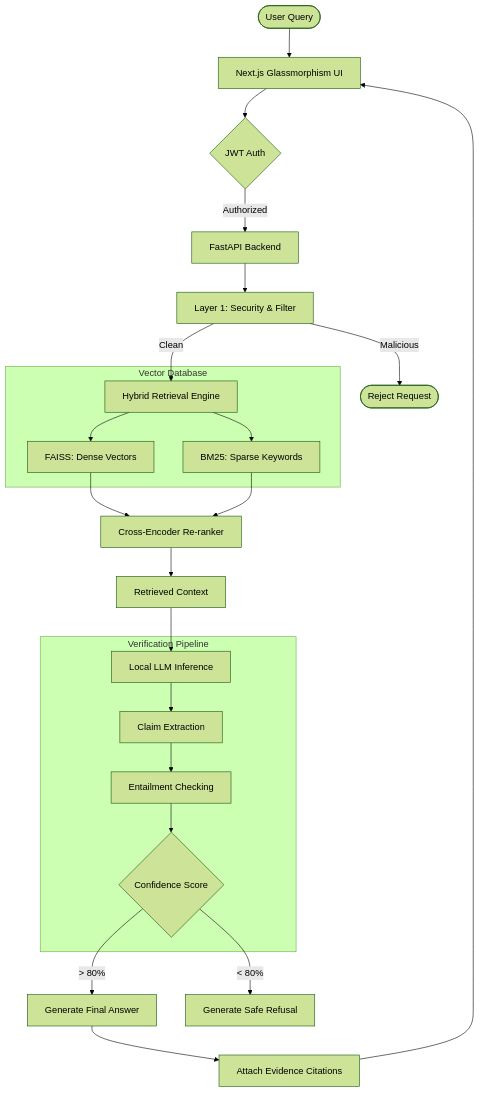
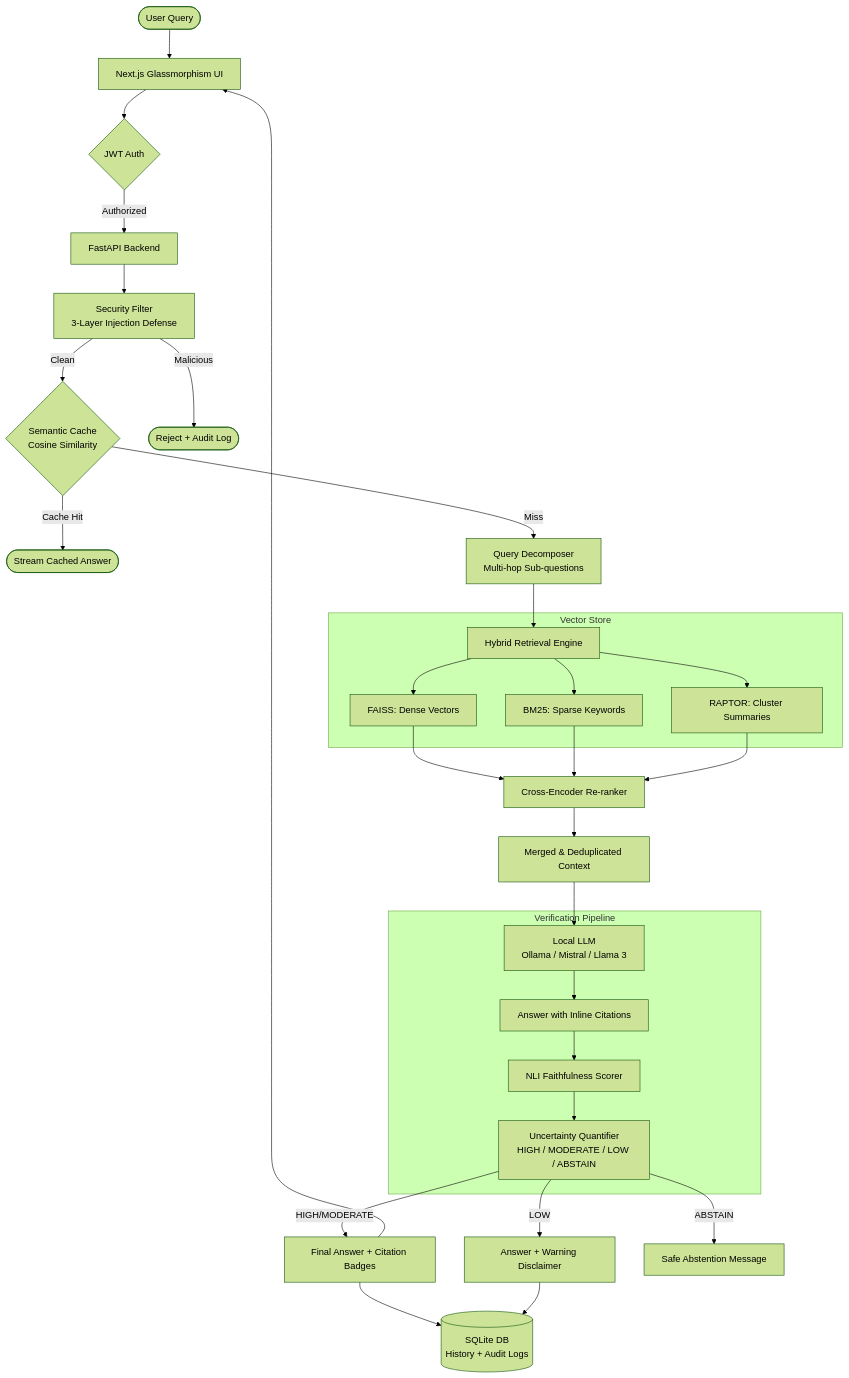
The diagram in README.md (Devendra673/SecureHall-RAG), drawn with Mermaid (forest theme) before and after one commit. The commit also changed other lines of this file and 24 other files, not shown here.

````diff
--- a/README.md
+++ b/README.md
@@ -24,34 +61,43 @@
 ```mermaid
 graph TD
     User([User Query]) --> Frontend[Next.js Glassmorphism UI]
     Frontend --> Auth{JWT Auth}
     Auth -- Authorized --> APIGateway[FastAPI Backend]
-    
-    APIGateway --> SecurityLayer[Layer 1: Security & Filter]
-    
-    SecurityLayer -- Clean --> HybridSearch[Hybrid Retrieval Engine]
-    SecurityLayer -- Malicious --> Reject([Reject Request])
-    
-    subgraph Vector Database
+
+    APIGateway --> SecurityLayer[Security Filter\n3-Layer Injection Defense]
+
+    SecurityLayer -- Clean --> SemanticCache{Semantic Cache\nCosine Similarity}
+    SecurityLayer -- Malicious --> Reject([Reject + Audit Log])
+
+    SemanticCache -- Cache Hit --> StreamBack([Stream Cached Answer])
+    SemanticCache -- Miss --> Decomposer[Query Decomposer\nMulti-hop Sub-questions]
+
+    Decomposer --> HybridSearch[Hybrid Retrieval Engine]
+
+    subgraph Vector Store
         HybridSearch --> FAISS[FAISS: Dense Vectors]
         HybridSearch --> BM25[BM25: Sparse Keywords]
+        HybridSearch --> RAPTOR[RAPTOR: Cluster Summaries]
     end
-    
+
     FAISS --> CrossEncoder[Cross-Encoder Re-ranker]
     BM25 --> CrossEncoder
-    
-    CrossEncoder --> Context[Retrieved Context]
-    Context --> LLM[Local LLM Inference]
-    
+    RAPTOR --> CrossEncoder
+
+    CrossEncoder --> Context[Merged & Deduplicated Context]
+    Context --> LLM[Local LLM\nOllama / Mistral / Llama 3]
+
     subgraph Verification Pipeline
-        LLM --> ClaimExtractor[Claim Extraction]
-        ClaimExtractor --> Entailment[Entailment Checking]
-        Entailment --> Scorer{Confidence Score}
+        LLM --> AnswerAssembler[Answer with Inline Citations]
+        AnswerAssembler --> NLICheck[NLI Faithfulness Scorer]
+        NLICheck --> UncertaintyQ[Uncertainty Quantifier\nHIGH / MODERATE / LOW / ABSTAIN]
     end
-    
-    Scorer -- > 80% --> FinalAnswer[Generate Final Answer]
-    Scorer -- < 80% --> Refusal[Generate Safe Refusal]
-    
-    FinalAnswer --> Citations[Attach Evidence Citations]
-    Citations --> Frontend
+
+    UncertaintyQ -- HIGH/MODERATE --> FinalAnswer[Final Answer + Citation Badges]
+    UncertaintyQ -- LOW --> Disclaimer[Answer + Warning Disclaimer]
+    UncertaintyQ -- ABSTAIN --> Refusal[Safe Abstention Message]
+
+    FinalAnswer --> DB[(SQLite DB\nHistory + Audit Logs)]
+    Disclaimer --> DB
+    FinalAnswer --> Frontend
 ```
````
